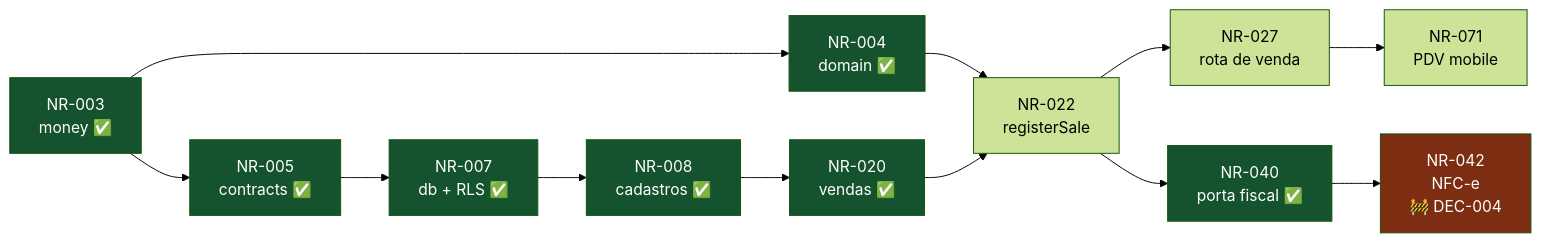
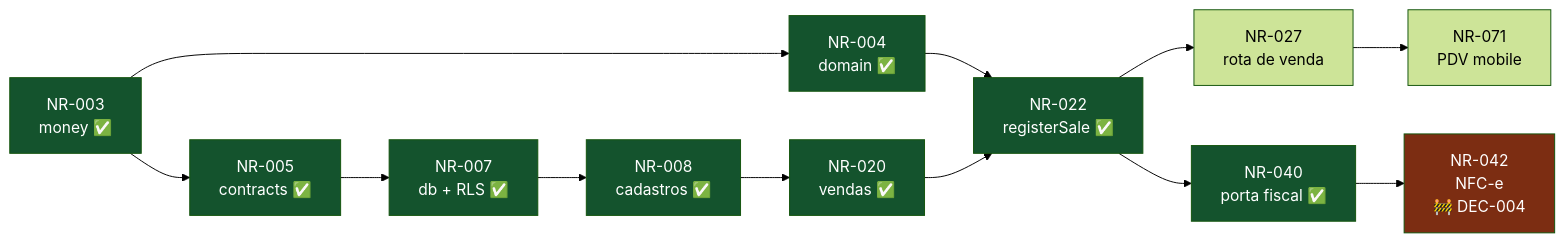
The diagram in docs/processo/task-ledger.md (glevi2004/na-regua), drawn with Mermaid (forest theme) before and after one commit. The commit also changed other lines of this file and 10 other files, not shown here.

First line of the commit message:
feat(core): registerSale em transacao unica, com idempotencia

````diff
--- a/docs/processo/task-ledger.md
+++ b/docs/processo/task-ledger.md
@@ -180,23 +180,24 @@
 ```mermaid
 flowchart LR
     N3["NR-003<br/>money ✅"] --> N4["NR-004<br/>domain ✅"]
     N3 --> N5["NR-005<br/>contracts ✅"]
     N5 --> N7["NR-007<br/>db + RLS ✅"]
     N7 --> N8["NR-008<br/>cadastros ✅"]
     N8 --> N20["NR-020<br/>vendas ✅"]
     N4 --> N22
-    N20 --> N22["NR-022<br/>registerSale"]
+    N20 --> N22["NR-022<br/>registerSale ✅"]
     N22 --> N27["NR-027<br/>rota de venda"]
     N27 --> N71["NR-071<br/>PDV mobile"]
     N22 --> N40["NR-040<br/>porta fiscal ✅"]
     N40 --> N42["NR-042<br/>NFC-e<br/>🚧 DEC-004"]
 
     style N42 fill:#7c2d12,color:#fff
     style N3 fill:#14532d,color:#fff
     style N4 fill:#14532d,color:#fff
     style N5 fill:#14532d,color:#fff
     style N40 fill:#14532d,color:#fff
     style N7 fill:#14532d,color:#fff
     style N8 fill:#14532d,color:#fff
     style N20 fill:#14532d,color:#fff
+    style N22 fill:#14532d,color:#fff
 ```
````
